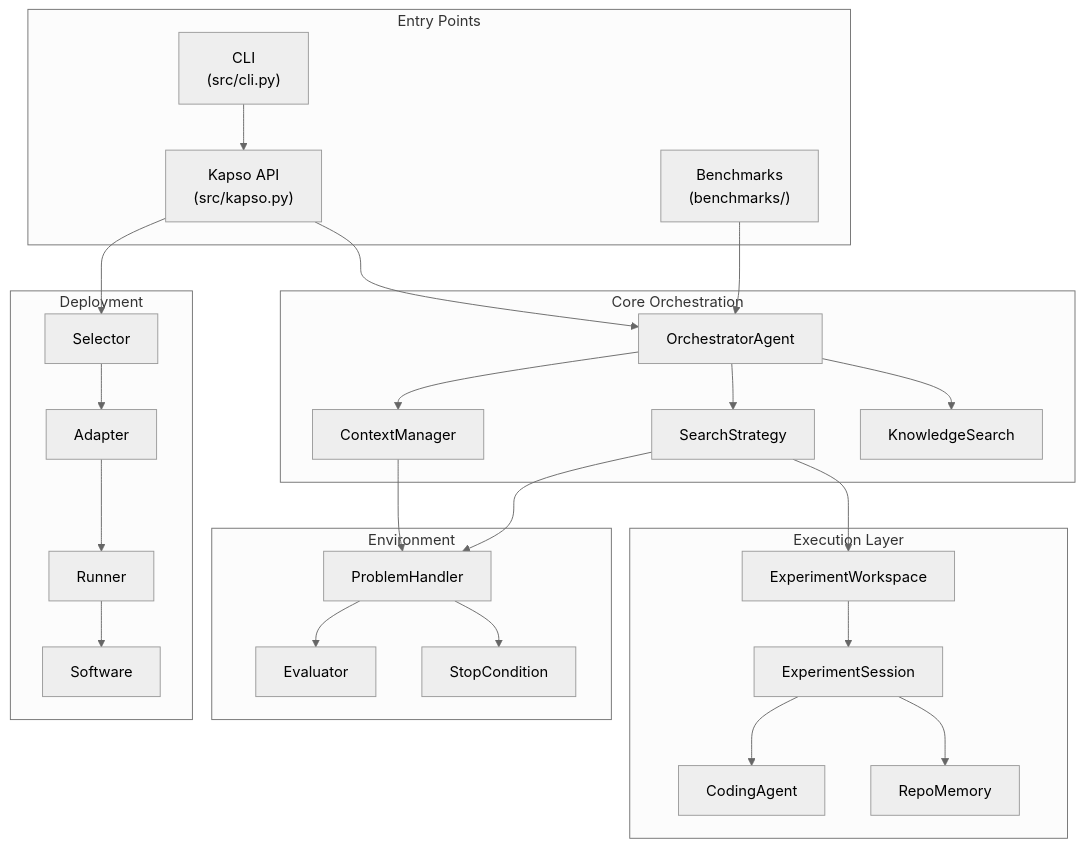
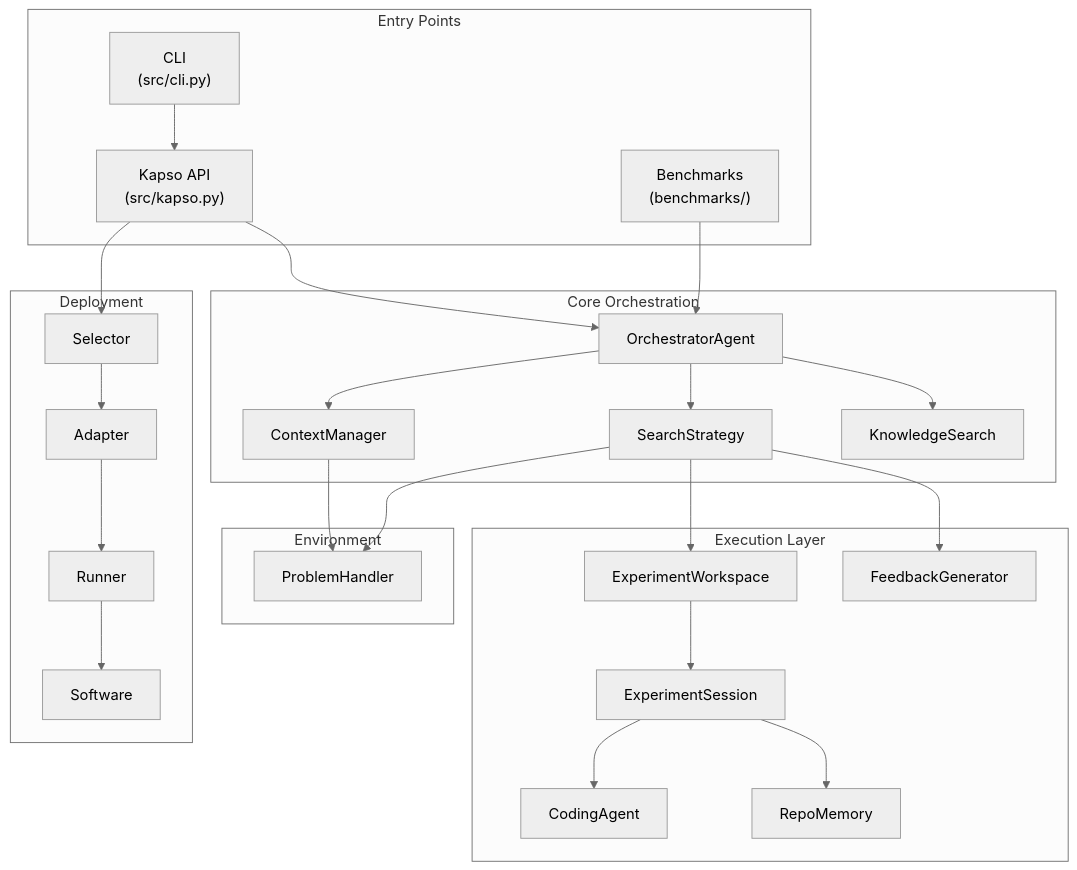
The first of 2 diagrams in docs/evolve/architecture.mdx (Leeroo-AI/kapso), drawn with Mermaid (neutral theme) before and after one commit. The commit also changed other lines of this file and 16 other files, not shown here.

````diff
--- a/docs/evolve/architecture.mdx
+++ b/docs/evolve/architecture.mdx
@@ -10,58 +10,56 @@
 ```mermaid
 flowchart TB
     subgraph Entry["Entry Points"]
         API["Kapso API\n(src/kapso.py)"]
         CLI["CLI\n(src/cli.py)"]
         BENCH["Benchmarks\n(benchmarks/)"]
     end
 
     subgraph Core["Core Orchestration"]
         ORCH["OrchestratorAgent"]
         STRAT["SearchStrategy"]
         CTX["ContextManager"]
         KS["KnowledgeSearch"]
     end
 
     subgraph Execution["Execution Layer"]
         WS["ExperimentWorkspace"]
         SESS["ExperimentSession"]
         AGENT["CodingAgent"]
         REPO["RepoMemory"]
+        FG["FeedbackGenerator"]
     end
 
     subgraph Env["Environment"]
         HAND["ProblemHandler"]
-        EVAL["Evaluator"]
-        STOP["StopCondition"]
     end
 
     subgraph Deploy["Deployment"]
         SEL["Selector"]
         ADAPT["Adapter"]
         RUN["Runner"]
         SOFT["Software"]
     end
 
     API --> ORCH
     CLI --> API
     BENCH --> ORCH
 
     ORCH --> STRAT
     ORCH --> CTX
     ORCH --> KS
 
     STRAT --> WS
+    STRAT --> FG
     WS --> SESS
     SESS --> AGENT
     SESS --> REPO
 
     CTX --> HAND
     STRAT --> HAND
-    HAND --> EVAL
-    HAND --> STOP
 
     API --> SEL
     SEL --> ADAPT
     ADAPT --> RUN
     RUN --> SOFT
 ```
````
